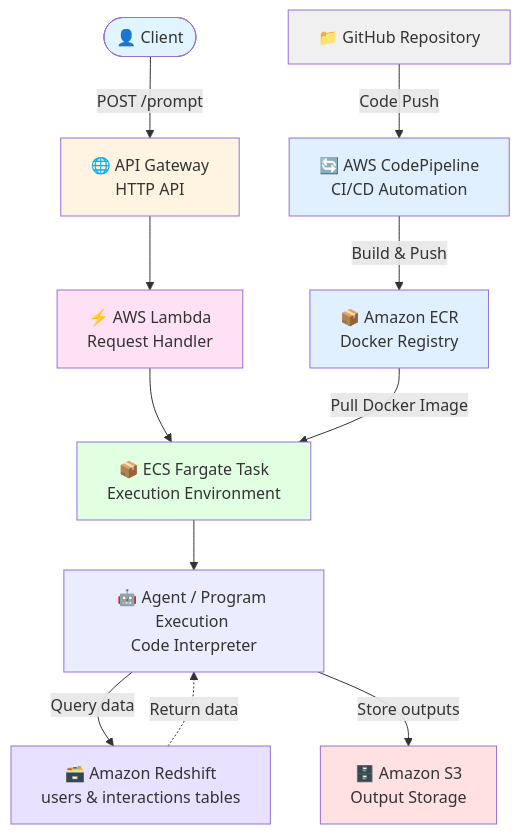
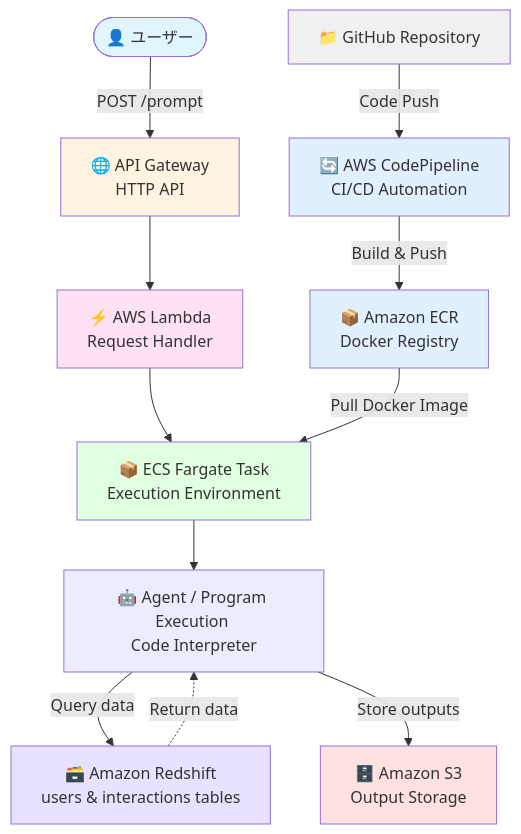
One commit to knkasa/CodeInterpreter changed the diagram in README.md. Above: the diagram before and after it, drawn with Mermaid.

````diff
--- a/README.md
+++ b/README.md
@@ -42,26 +42,26 @@
 ```mermaid
 flowchart TD
     GitHub[📁 GitHub Repository] -->|Code Push| CodePipeline[🔄 AWS CodePipeline<br/>CI/CD Automation]
     CodePipeline -->|Build & Push| ECR[📦 Amazon ECR<br/>Docker Registry]
     
-    Client([👤 Client]) -->|POST /prompt| APIGW[🌐 API Gateway<br/>HTTP API]
+    Client([👤 ユーザー]) -->|POST /prompt| APIGW[🌐 API Gateway<br/>HTTP API]
     APIGW --> Lambda[⚡ AWS Lambda<br/>Request Handler]
     Lambda --> ECS[📦 ECS Fargate Task <br/>Execution Environment]
     ECR -->|Pull Docker Image| ECS
     ECS --> LLM[🤖 Agent / Program Execution <br/>Code Interpreter]
     
     LLM -->|Query data| Redshift[🗃️ Amazon Redshift<br/>users & interactions tables]
     Redshift -.->|Return data| LLM
     
     LLM -->|Store outputs| S3[🗄️ Amazon S3<br/>Output Storage]
     
     style GitHub fill:#f0f0f0
     style CodePipeline fill:#e1f0ff
     style ECR fill:#e1f0ff
     style Client fill:#e1f5ff
     style APIGW fill:#fff4e1
     style Lambda fill:#ffe1f5
     style ECS fill:#e1ffe1
     style Redshift fill:#e8e1ff
     style S3 fill:#ffe1e1
 ```
````
